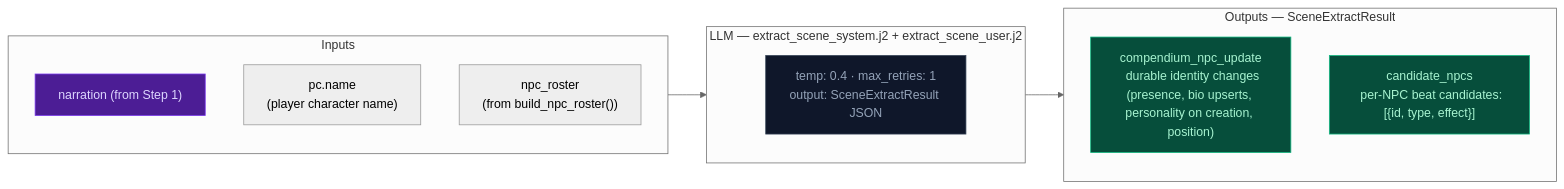
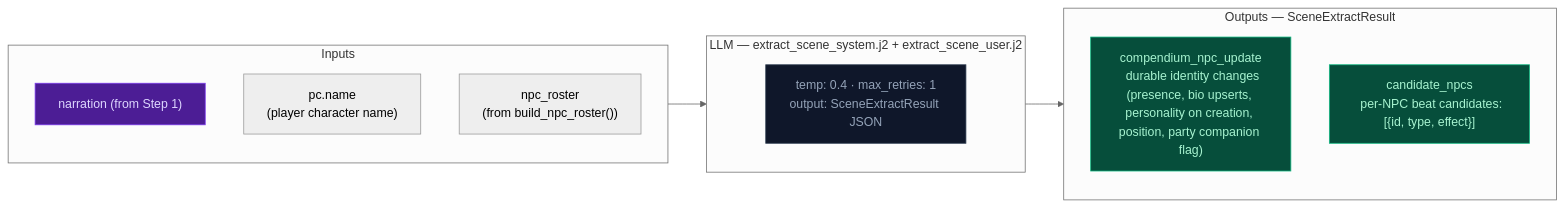
Before and after one commit to pww217/fablethread: the diagram in docs/architecture/step2a-scene.md, drawn with Mermaid (neutral theme). The commit also changed other lines of this file and 9 other files, not shown here.

````diff
--- a/docs/architecture/step2a-scene.md
+++ b/docs/architecture/step2a-scene.md
@@ -7,24 +7,24 @@
 ```mermaid
 flowchart LR
     classDef llmNode fill:#0f172a,color:#94a3b8,stroke:#334155
     classDef xstream fill:#4c1d95,color:#ddd6fe,stroke:#7c3aed
     classDef outNode fill:#064e3b,color:#a7f3d0,stroke:#10b981
 
     subgraph IN["Inputs"]
         S1["narration (from Step 1)"]:::xstream
         S2["pc.name<br>(player character name)"]
         S3["npc_roster<br>(from build_npc_roster())"]
     end
 
     subgraph LLM2A["LLM — extract_scene_system.j2 + extract_scene_user.j2"]
         SL["temp: 0.4 · max_retries: 1<br>output: SceneExtractResult JSON"]:::llmNode
     end
 
     subgraph OUT["Outputs — SceneExtractResult"]
-        O1["compendium_npc_update<br>  durable identity changes (presence, bio upserts, personality on creation, position)"]:::outNode
+        O1["compendium_npc_update<br>  durable identity changes (presence, bio upserts, personality on creation, position, party companion flag)"]:::outNode
         O2["candidate_npcs<br>  per-NPC beat candidates: [{id, type, effect}]"]:::outNode
     end
 
     IN --> LLM2A
     LLM2A --> OUT
 ```
````
